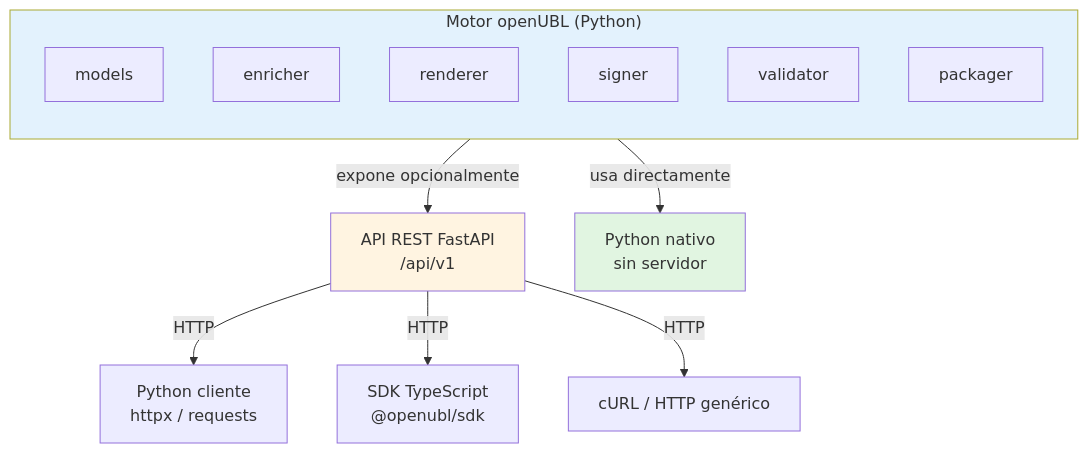
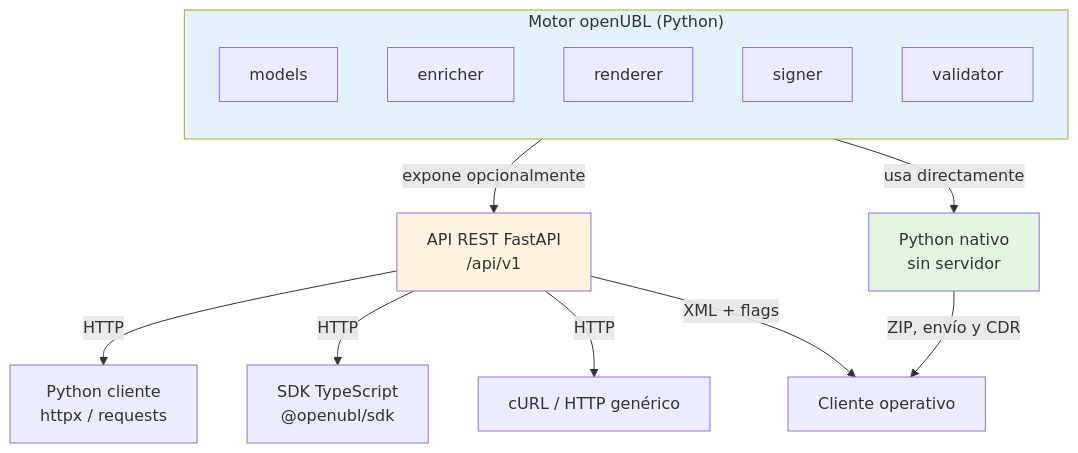
The second of 3 diagrams in docs/src/content/docs/getting-started/arquitectura.mdx (darvin2c/openUBL), drawn with Mermaid before and after one commit. The commit also changed other lines of this file and 75 other files, not shown here.

````diff
--- a/docs/src/content/docs/getting-started/arquitectura.mdx
+++ b/docs/src/content/docs/getting-started/arquitectura.mdx
@@ -46,24 +44,26 @@
 ```mermaid
 flowchart TB
     subgraph Motor["Motor openUBL (Python)"]
         direction TB
         M1[models]
         M2[enricher]
         M3[renderer]
         M4[signer]
         M5[validator]
-        M6[packager]
     end
 
     Motor -->|"expone opcionalmente"| API["API REST FastAPI<br/>/api/v1"]
 
     API -->|"HTTP"| C1["Python cliente<br/>httpx / requests"]
     API -->|"HTTP"| C2["SDK TypeScript<br/>@openubl/sdk"]
     API -->|"HTTP"| C3["cURL / HTTP genérico"]
 
     Motor -->|"usa directamente"| C4["Python nativo<br/>sin servidor"]
 
+    C4 -->|"ZIP, envío y CDR"| C5["Cliente operativo"]
+    API -->|"XML + flags"| C5
+
     style C4 fill:#e1f5e1
     style API fill:#fff4e1
     style Motor fill:#e3f2fd
 ```
````
